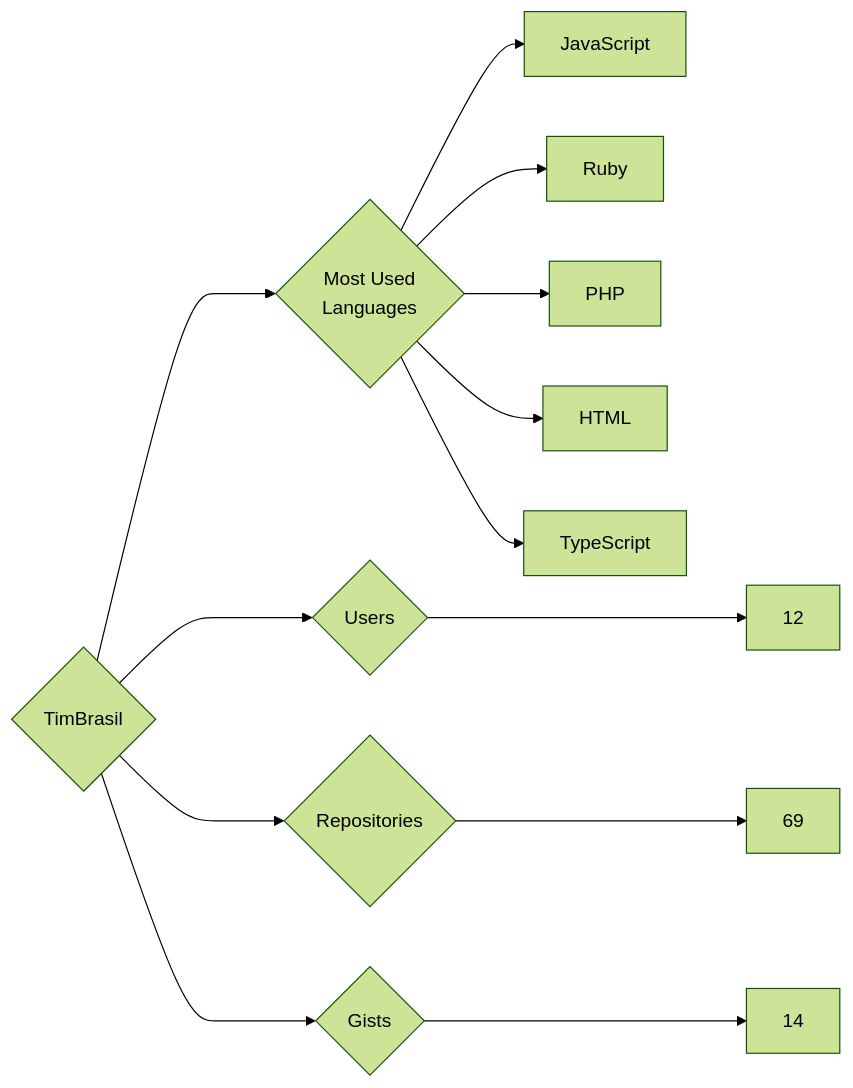
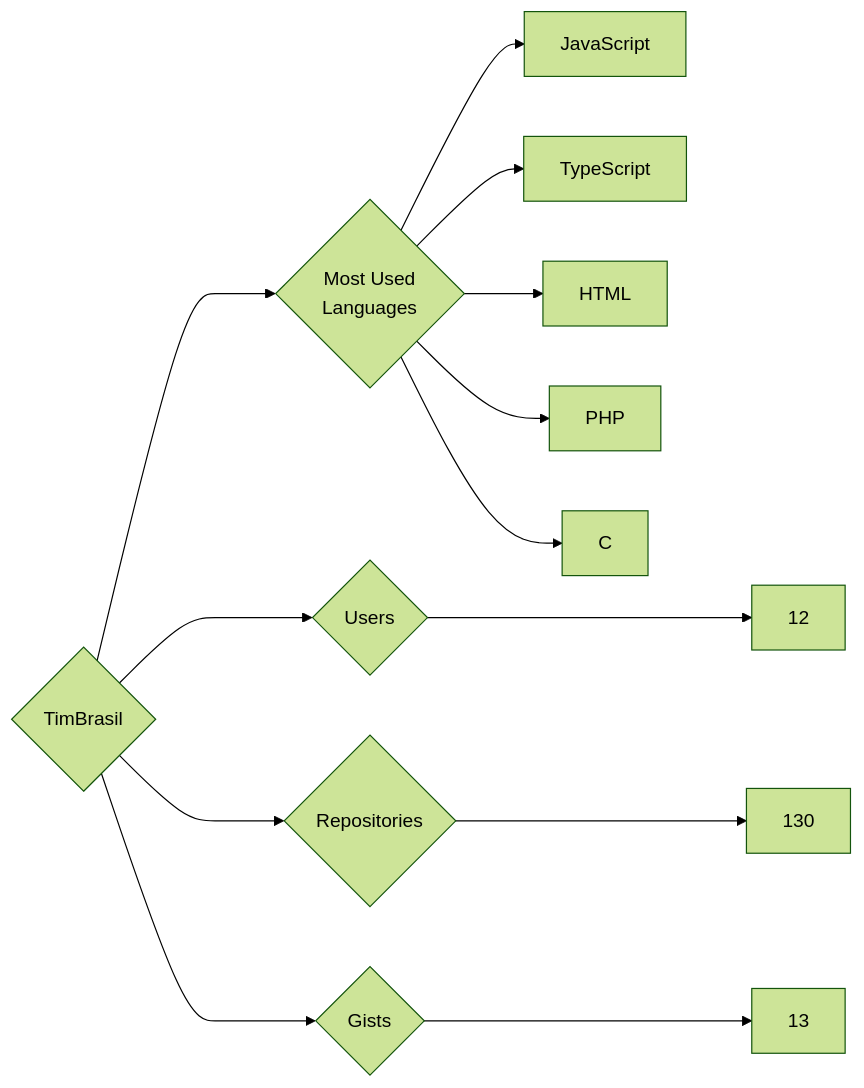
One commit to trickest/insiders changed the diagram in targets/TimBrasil/README.md. Above: the diagram before and after it, drawn with Mermaid (forest theme). The commit also changed 1479 other files, not shown here.

````diff
--- a/targets/TimBrasil/README.md
+++ b/targets/TimBrasil/README.md
@@ -3,13 +3,13 @@
 ```mermaid
 graph LR
 COMPANY_NAME{TimBrasil}
 COMPANY_NAME ---> U{Users} ---> UN[12]
-COMPANY_NAME ---> R{Repositories} ---> RN[69]
-COMPANY_NAME ---> G{Gists} ---> GN[14]
+COMPANY_NAME ---> R{Repositories} ---> RN[130]
+COMPANY_NAME ---> G{Gists} ---> GN[13]
 COMPANY_NAME ---> ML{Most Used<br>Languages}
 ML --> JavaScript[JavaScript]
-ML --> Ruby[Ruby]
+ML --> TypeScript[TypeScript]
+ML --> HTML[HTML]
 ML --> PHP[PHP]
-ML --> HTML[HTML]
-ML --> TypeScript[TypeScript]
+ML --> C[C]
 ```
````
